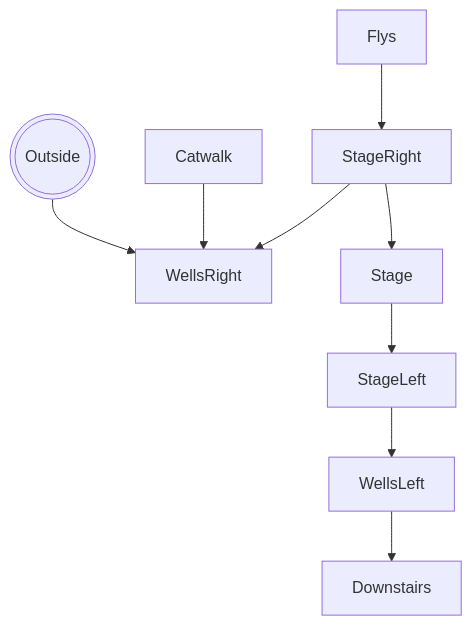
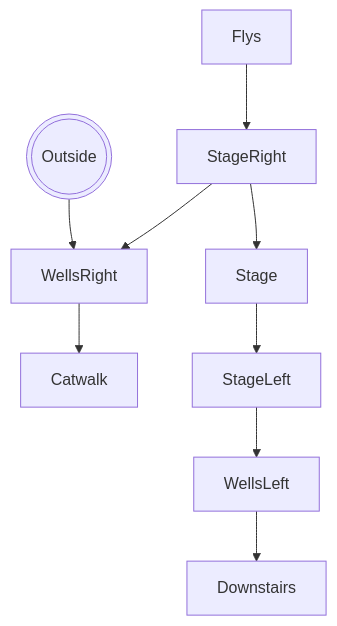
The diagram in projects/game/README.md (Evie-Strings/Evie-Strings.github.io), drawn with Mermaid before and after one commit.

Commit message:
changing order of some items on map

````diff
--- a/projects/game/README.md
+++ b/projects/game/README.md
@@ -9,11 +9,11 @@
 ```mermaid
 graph TD;
     outside(((Outside)))-->WellsRight;
-    Catwalk-->WellsRight;
+    WellsRight-->Catwalk;
     Flys-->StageRight;
     StageRight-->WellsRight;
     StageRight-->Stage;
     Stage-->StageLeft;
     StageLeft-->WellsLeft;
     WellsLeft-->Downstairs;
 ```
````
